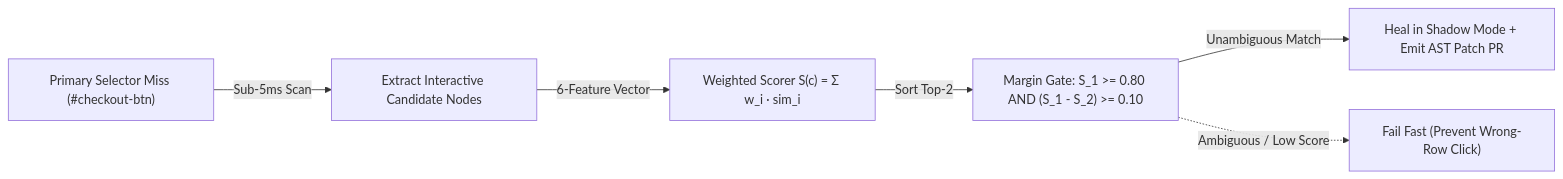
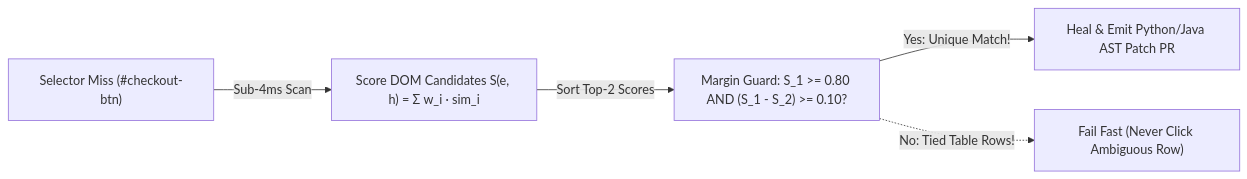
The diagram in knowledgebase/ai-engineering/02-self-healing-ast-and-dom-confidence.md (manjunathk833/codingforinterviews), drawn with Mermaid before and after one commit. The commit also changed other lines of this file and 55 other files, not shown here.

````diff
--- a/knowledgebase/ai-engineering/02-self-healing-ast-and-dom-confidence.md
+++ b/knowledgebase/ai-engineering/02-self-healing-ast-and-dom-confidence.md
@@ -76,8 +107,7 @@
 ```mermaid
 flowchart LR
-  Miss["Primary Selector Miss (#checkout-btn)"] -->|Sub-5ms Scan| Scan["Extract Interactive Candidate Nodes"]
-  Scan -->|6-Feature Vector| Score["Weighted Scorer S(c) = Σ w_i · sim_i"]
-  Score -->|Sort Top-2| Gate["Margin Gate: S_1 >= 0.80 AND (S_1 - S_2) >= 0.10"]
-  Gate -->|Unambiguous Match| Heal["Heal in Shadow Mode + Emit AST Patch PR"]
-  Gate -.->|Ambiguous / Low Score| Fail["Fail Fast (Prevent Wrong-Row Click)"]
+  Miss["Selector Miss (#checkout-btn)"] -->|Sub-4ms Scan| Candidates["Score DOM Candidates S(e, h) = Σ w_i · sim_i"]
+  Candidates -->|Sort Top-2 Scores| Margin["Margin Guard: S_1 >= 0.80 AND (S_1 - S_2) >= 0.10?"]
+  Margin -->|Yes: Unique Match!| AST["Heal & Emit Python/Java AST Patch PR"]
+  Margin -.->|No: Tied Table Rows!| Abort["Fail Fast (Never Click Ambiguous Row)"]
 ```
````
